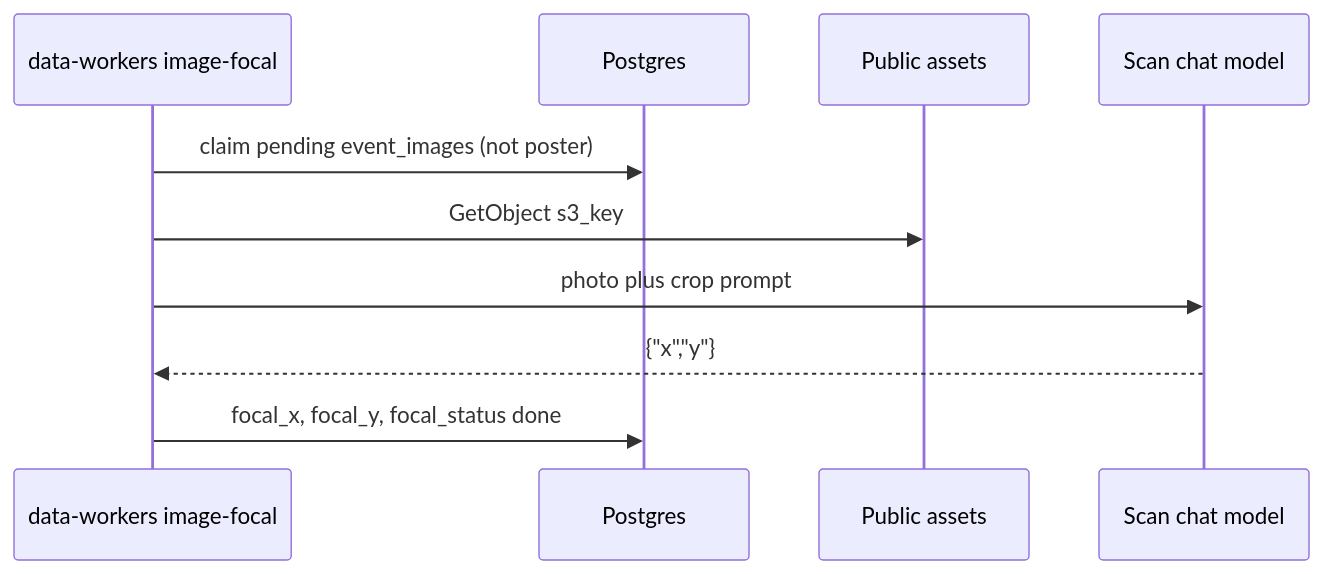
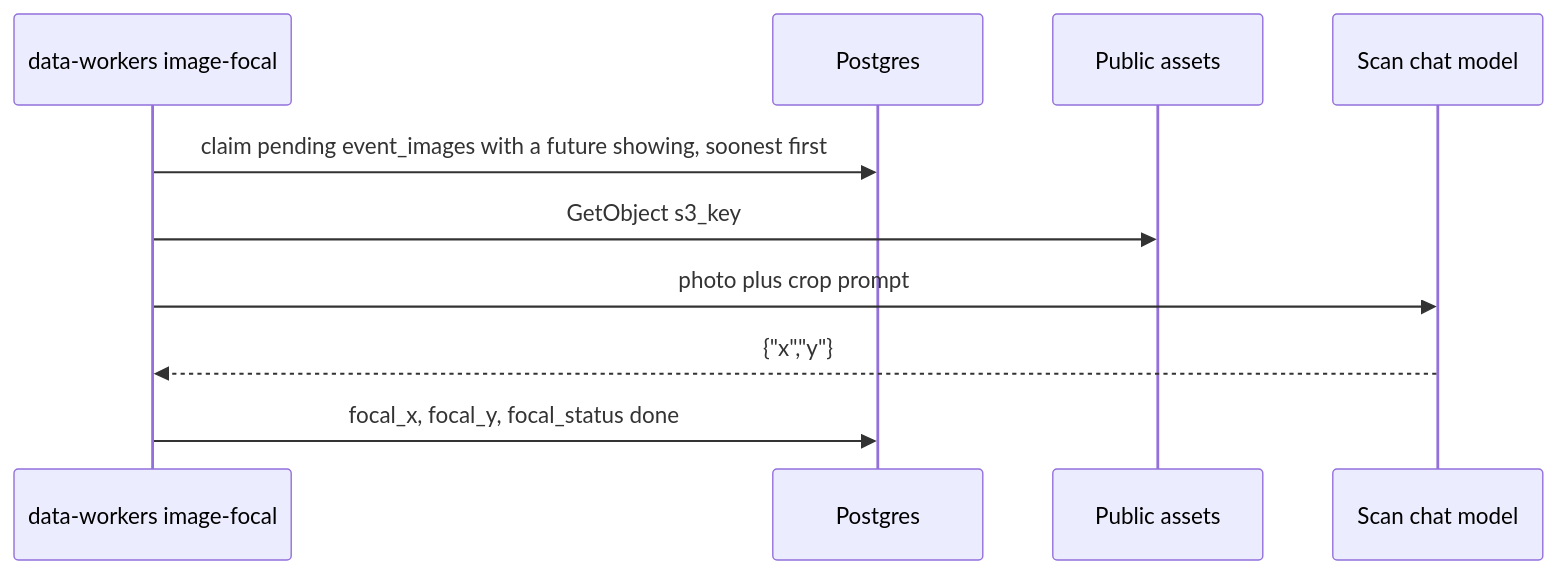
The diagram in docs/flows/image-focal.md (BradleySmallbottoms/evently), drawn with Mermaid before and after one commit. The commit also changed other lines of this file and 12 other files, not shown here.

First line of the commit message:
Enhance image focal point processing and event showing management

````diff
--- a/docs/flows/image-focal.md
+++ b/docs/flows/image-focal.md
@@ -37,12 +41,12 @@
 ```mermaid
 sequenceDiagram
   participant Job as data-workers image-focal
   participant DB as Postgres
   participant Bucket as Public assets
   participant Model as Scan chat model
-  Job->>DB: claim pending event_images (not poster)
+  Job->>DB: claim pending event_images with a future showing, soonest first
   Job->>Bucket: GetObject s3_key
   Job->>Model: photo plus crop prompt
   Model-->>Job: {"x","y"}
   Job->>DB: focal_x, focal_y, focal_status done
 ```
````
